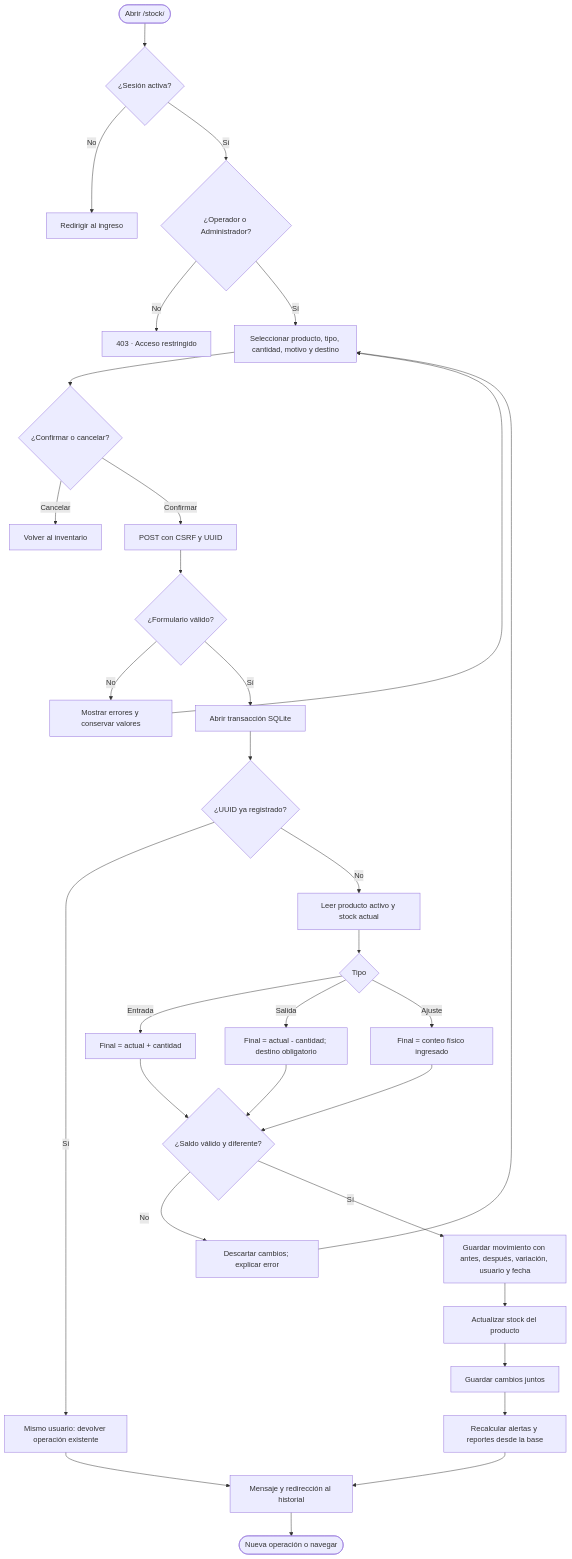
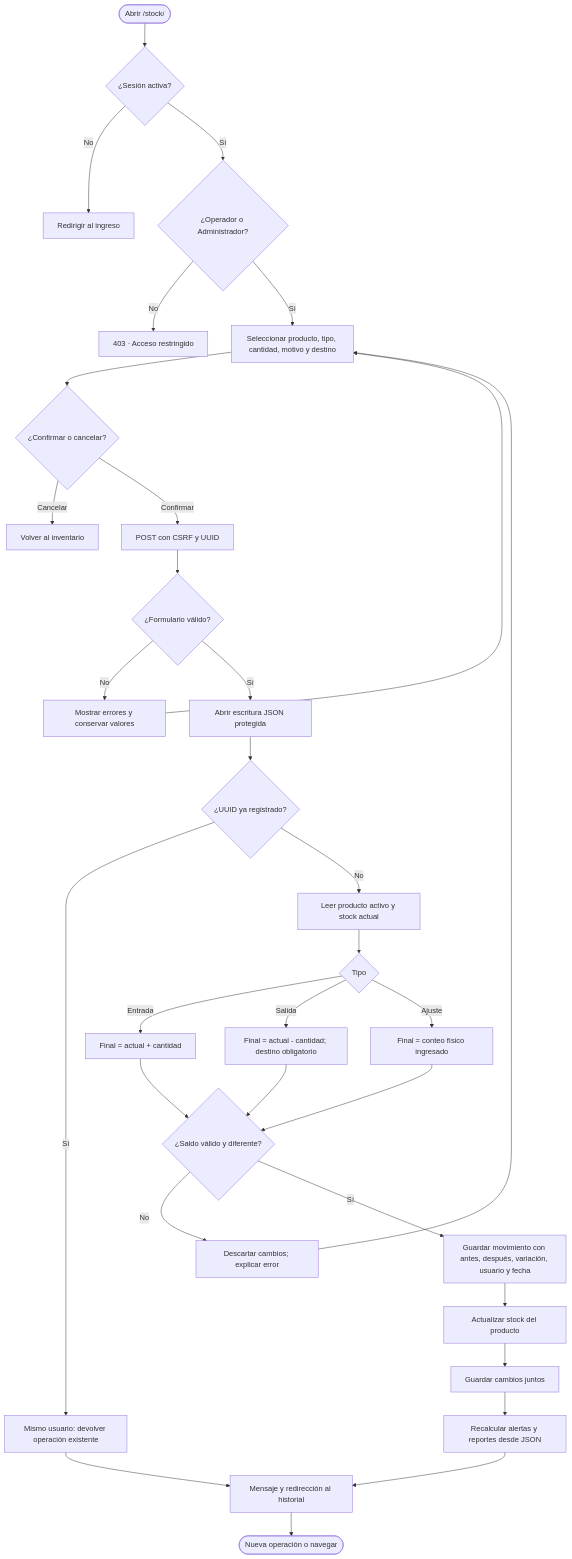
One commit to PabloDoussang/SoundStock changed the second of 2 diagrams in docs/DIAGRAMAS.md. Above: the diagram before and after it, drawn with Mermaid. The commit also changed other lines of this file and 25 other files, not shown here.

Commit message:
Ajusta entrega U1 a JSON persistente sin conexion a base de datos

````diff
--- a/docs/DIAGRAMAS.md
+++ b/docs/DIAGRAMAS.md
@@ -57,34 +57,34 @@
 ```mermaid
 flowchart TD
   A([Abrir /stock/]) --> B{"¿Sesión activa?"}
   B -- No --> C["Redirigir al ingreso"]
   B -- Sí --> D{"¿Operador o Administrador?"}
   D -- No --> E["403 · Acceso restringido"]
   D -- Sí --> F["Seleccionar producto, tipo, cantidad, motivo y destino"]
   F --> G{"¿Confirmar o cancelar?"}
   G -- Cancelar --> H["Volver al inventario"]
   G -- Confirmar --> I["POST con CSRF y UUID"]
   I --> J{"¿Formulario válido?"}
   J -- No --> K["Mostrar errores y conservar valores"]
   K --> F
-  J -- Sí --> L["Abrir transacción SQLite"]
+  J -- Sí --> L["Abrir escritura JSON protegida"]
   L --> M{"¿UUID ya registrado?"}
   M -- Sí --> N["Mismo usuario: devolver operación existente"]
   N --> Z["Mensaje y redirección al historial"]
   M -- No --> O["Leer producto activo y stock actual"]
   O --> P{"Tipo"}
   P -- Entrada --> Q["Final = actual + cantidad"]
   P -- Salida --> R["Final = actual - cantidad; destino obligatorio"]
   P -- Ajuste --> S["Final = conteo físico ingresado"]
   Q --> T{"¿Saldo válido y diferente?"}
   R --> T
   S --> T
   T -- No --> U["Descartar cambios; explicar error"]
   U --> F
   T -- Sí --> V["Guardar movimiento con antes, después, variación, usuario y fecha"]
   V --> W["Actualizar stock del producto"]
   W --> X["Guardar cambios juntos"]
-  X --> Y["Recalcular alertas y reportes desde la base"]
+  X --> Y["Recalcular alertas y reportes desde JSON"]
   Y --> Z
   Z --> AA([Nueva operación o navegar])
 ```
````
